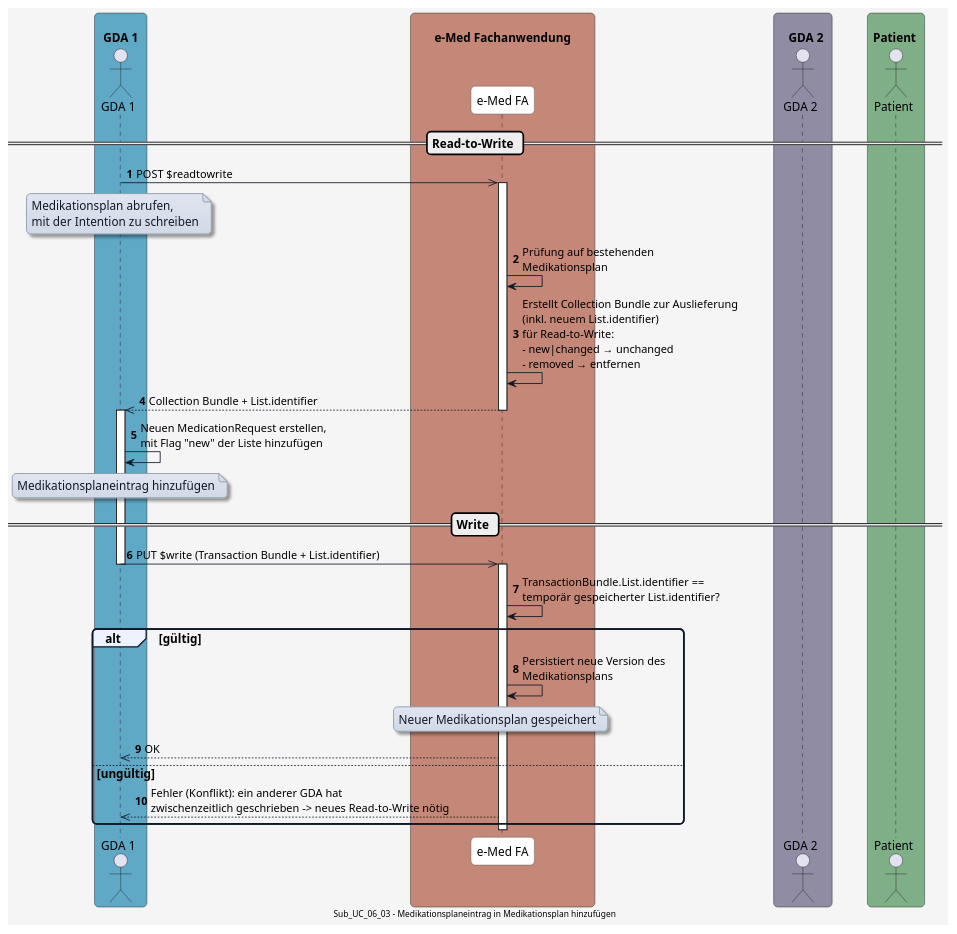
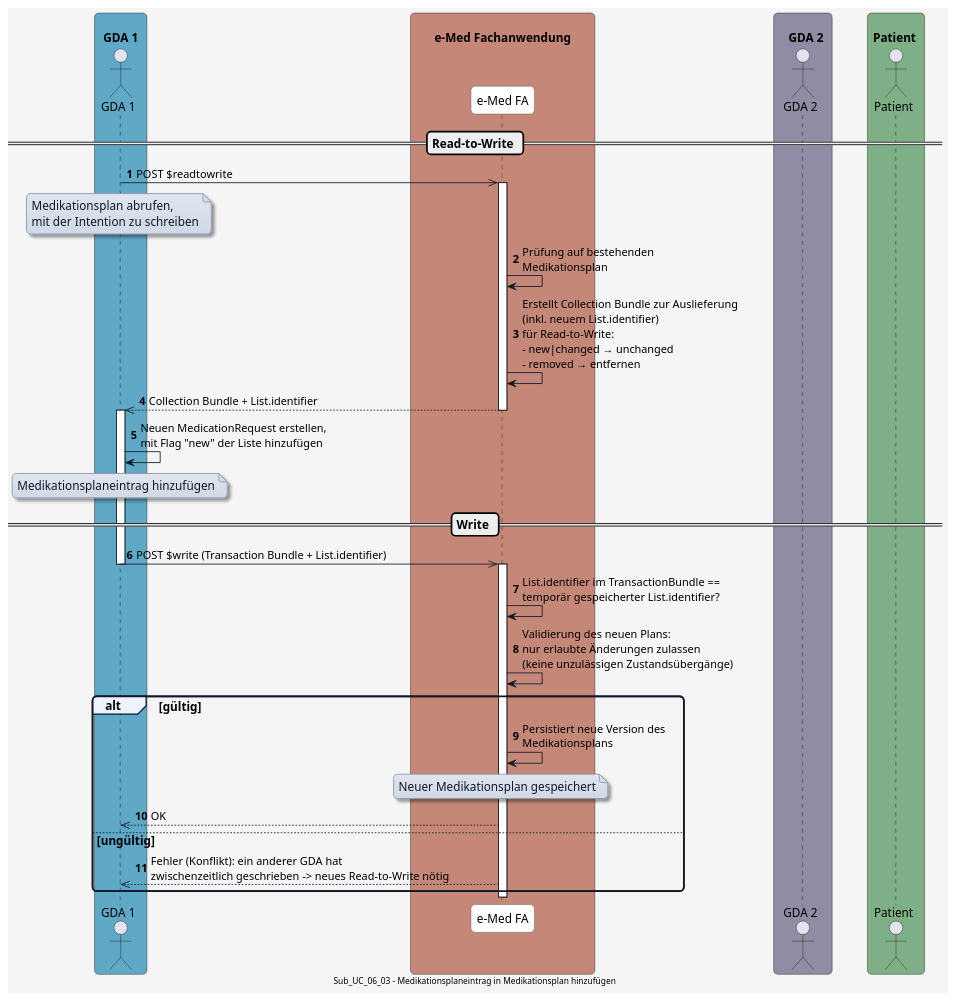
Before and after one commit to HL7Austria/ELGA-e-Medikation-R4: the diagram in input/images-source/UC_06_03.plantuml, drawn with PlantUML. The commit also changed 4 other files, not shown here.

Commit message:
Update diagram

```diff
--- a/input/images-source/UC_06_03.plantuml
+++ b/input/images-source/UC_06_03.plantuml
@@ -1,107 +1,108 @@
 @startuml
 skinparam borderColor #000000
 skinparam backgroundColor #f5f5f5
 skinparam shadowing false
 skinparam roundCorner 10
 skinparam defaultFontName "Arial"
 skinparam defaultFontSize 14
 skinparam defaultFontColor #000000
 
 skinparam note {
   BackgroundColor #e0e5f0-#d1d9e6
   BorderColor #8b95a5
   BorderThickness 1
   RoundCorner 8
   Padding 6
   FontColor #111827
   Shadowing true
 }
 
 skinparam HyperlinkColor #0000EE
 skinparam HyperlinkUnderline false
 
 skinparam sequence {
   ParticipantBorderColor #555555
   ParticipantBackgroundColor #ffffff
   ParticipantFontColor #000000
   ParticipantFontSize 14
   ParticipantPadding 20
   ArrowColor #111827
   ArrowThickness 1
   ArrowFontColor #000000
   ArrowFontSize 13
   GroupBorderColor #111827
   GroupBackgroundColor #eef2ff
   GroupBorderThickness 2
 }
 
 skinparam BoxPadding 20
 skinparam BoxBorderColor #555555
 
 box "\n  GDA 1  " #5FA8C6
   actor GDA_1 as "GDA 1"
 end box
 
 box "\n       e-Med Fachanwendung       " #C48778
   participant eMed_FA as "e-Med FA"
 end box
 
 box "\n    GDA 2  " #8F8CA3
   actor GDA_2 as "GDA 2"
 end box
 
 box "\n Patient  " #7FAF87
   actor Patient as "Patient"
 end box
 
 
 autonumber
 
  
 == Read-to-Write ==
 
 GDA_1 ->> eMed_FA: POST $readtowrite
 note over GDA_1
 Medikationsplan abrufen, 
 mit der Intention zu schreiben
 end note
 
 activate eMed_FA
 eMed_FA -> eMed_FA: Prüfung auf bestehenden\nMedikationsplan
 eMed_FA -> eMed_FA: Erstellt Collection Bundle zur Auslieferung\n(inkl. neuem List.identifier)\nfür Read-to-Write:\n- new|changed → unchanged\n- removed → entfernen
 
 eMed_FA -->> GDA_1: Collection Bundle + List.identifier
 deactivate eMed_FA
 
 activate GDA_1
 GDA_1 -> GDA_1: Neuen MedicationRequest erstellen,\nmit Flag "new" der Liste hinzufügen
 
 note over GDA_1
 Medikationsplaneintrag hinzufügen
 end note
 
 == Write ==
 
-GDA_1 ->> eMed_FA: PUT $write (Transaction Bundle + List.identifier)
+GDA_1 ->> eMed_FA: POST $write (Transaction Bundle + List.identifier)
 deactivate GDA_1
 
 
 activate eMed_FA
-eMed_FA -> eMed_FA: TransactionBundle.List.identifier ==\ntemporär gespeicherter List.identifier?
+eMed_FA -> eMed_FA: List.identifier im TransactionBundle ==\ntemporär gespeicherter List.identifier?
+eMed_FA -> eMed_FA: Validierung des neuen Plans:\nnur erlaubte Änderungen zulassen\n(keine unzulässigen Zustandsübergänge)
 
 alt gültig
   eMed_FA -> eMed_FA: Persistiert neue Version des\nMedikationsplans
 
   note over eMed_FA
   Neuer Medikationsplan gespeichert
   end note
 
   eMed_FA -->> GDA_1: OK
 else ungültig
   eMed_FA -->> GDA_1: Fehler (Konflikt): ein anderer GDA hat\nzwischenzeitlich geschrieben -> neues Read-to-Write nötig
 end
 deactivate eMed_FA
 
 center footer Sub_UC_06_03 - Medikationsplaneintrag in Medikationsplan hinzufügen
 
 @enduml
```
